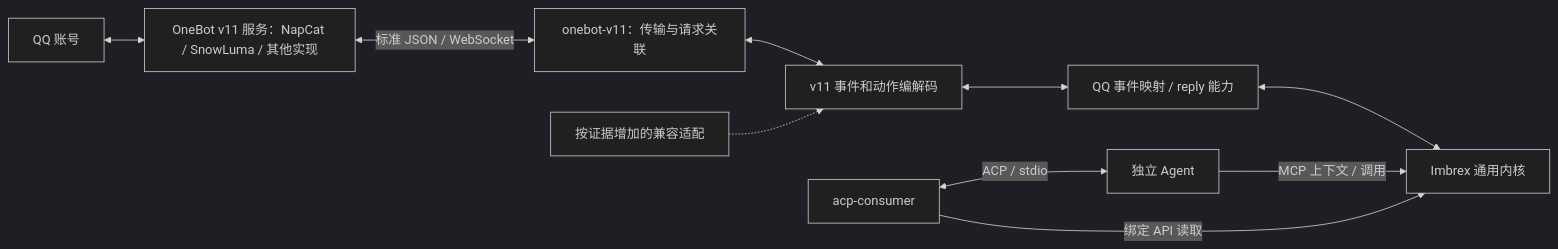
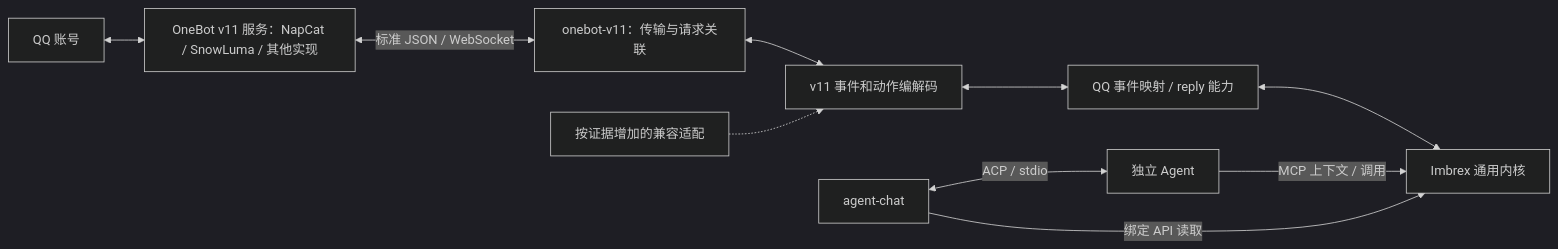
The diagram in docs/onebot-and-agent.md (ycychome/Imbrex), drawn with Mermaid (dark theme) before and after one commit. The commit also changed other lines of this file and 64 other files, not shown here.

````diff
--- a/docs/onebot-and-agent.md
+++ b/docs/onebot-and-agent.md
@@ -25,12 +25,12 @@
 ```mermaid
 flowchart LR
     Q["QQ 账号"] <--> S["OneBot v11 服务：NapCat / SnowLuma / 其他实现"]
     S <-->|标准 JSON / WebSocket| T["onebot-v11：传输与请求关联"]
     T <--> V["v11 事件和动作编解码"]
     V <--> M["QQ 事件映射 / reply 能力"]
     C["按证据增加的兼容适配"] -.-> V
     M <--> K["Imbrex 通用内核"]
     A["独立 Agent"] -->|MCP 上下文 / 调用| K
-    U["acp-consumer"] -->|绑定 API 读取| K
+    U["agent-chat"] -->|绑定 API 读取| K
     U <-->|ACP / stdio| A
 ```
````
